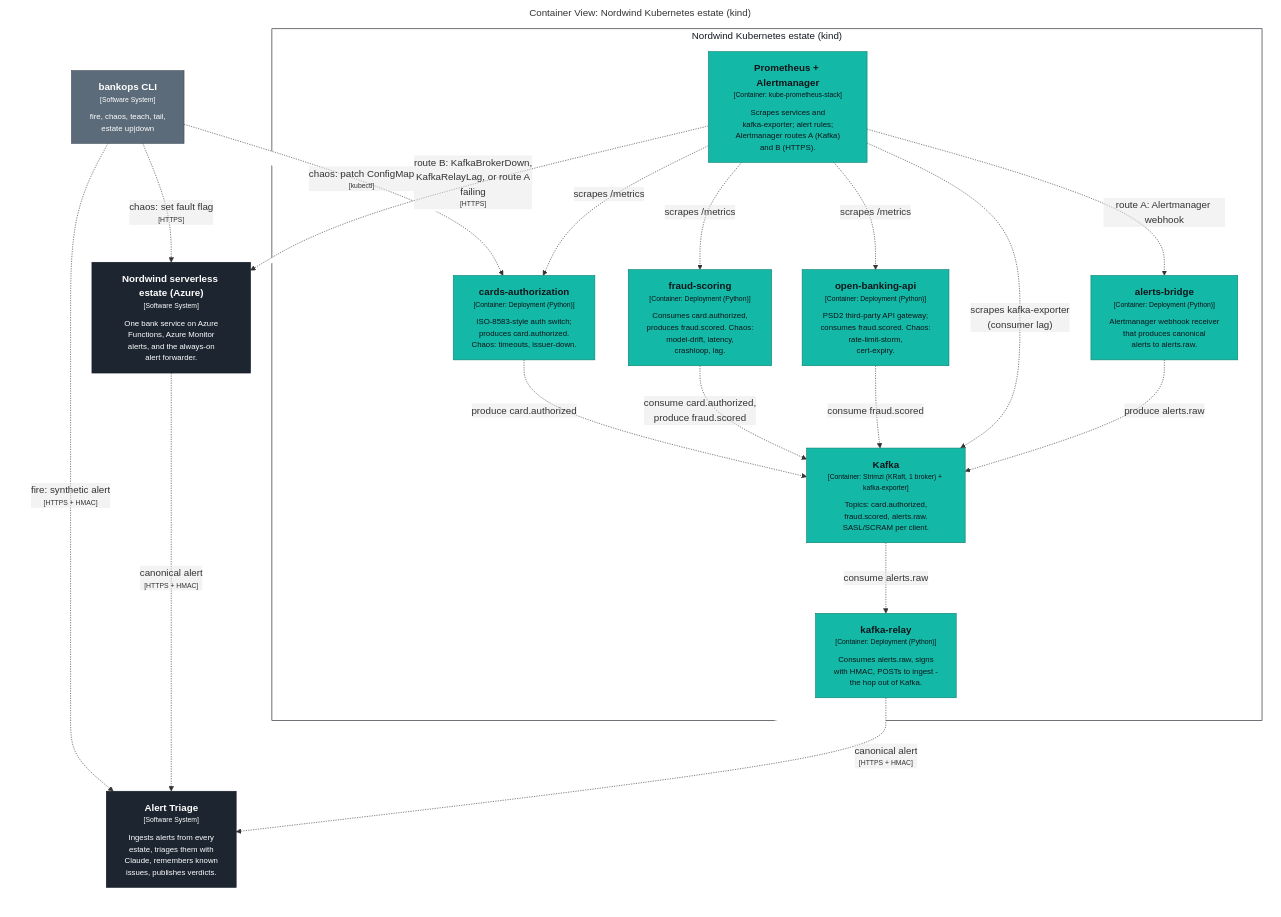
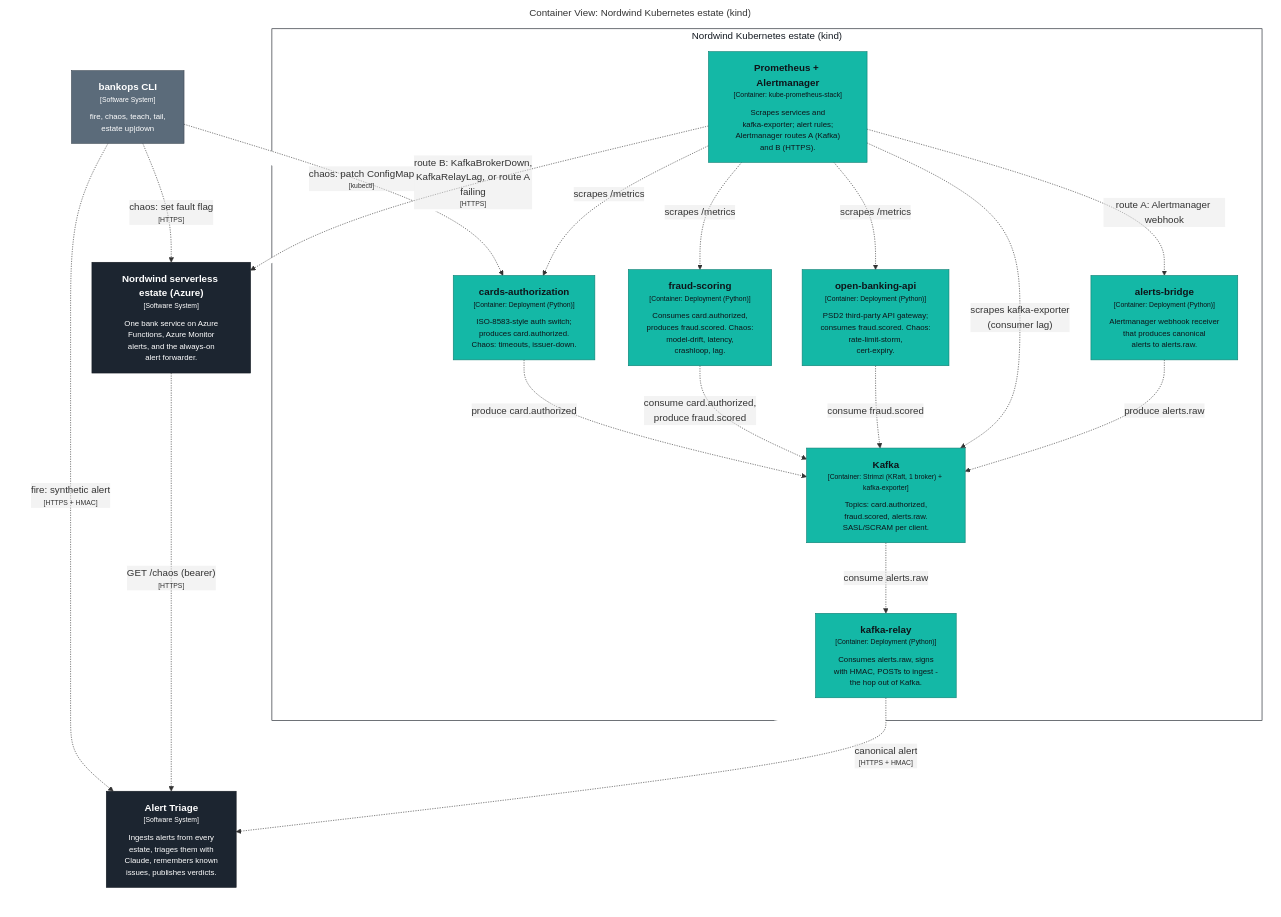
The diagram in docs/c4/generated/structurizr-k8s-estate.mmd (KucherenkoSerhiy/oncall-triage), drawn with Mermaid before and after one commit. The commit also changed 21 other files, not shown here.

First line of the commit message:
feat(infra-azure): M5b Azure estate - Functions (notifications, forwarder) with zip deploy, App Insights + Log Analytics, action group and three alert rules; deploy.yml feeds the two SSM secrets as sensitive vars; notifications-429 chaos probe (#49)

```diff
--- a/docs/c4/generated/structurizr-k8s-estate.mmd
+++ b/docs/c4/generated/structurizr-k8s-estate.mmd
@@ -1,50 +1,50 @@
 graph LR
   linkStyle default fill:#ffffff
 
   subgraph diagram ["Container View: Nordwind Kubernetes estate (kind)"]
     style diagram fill:#ffffff,stroke:#ffffff
 
     4["<div style='font-weight: bold'>bankops CLI</div><div style='font-size: 70%; margin-top: 0px'>[Software System]</div><div style='font-size: 80%; margin-top:10px'>fire, chaos, teach, tail,<br />estate up|down</div>"]
     style 4 fill:#5b6b7a,stroke:#3f4a55,color:#ffffff
     5["<div style='font-weight: bold'>Alert Triage</div><div style='font-size: 70%; margin-top: 0px'>[Software System]</div><div style='font-size: 80%; margin-top:10px'>Ingests alerts from every<br />estate, triages them with<br />Claude, remembers known<br />issues, publishes verdicts.</div>"]
     style 5 fill:#1c2530,stroke:#131921,color:#ffffff
     27["<div style='font-weight: bold'>Nordwind serverless estate (Azure)</div><div style='font-size: 70%; margin-top: 0px'>[Software System]</div><div style='font-size: 80%; margin-top:10px'>One bank service on Azure<br />Functions, Azure Monitor<br />alerts, and the always-on<br />alert forwarder.</div>"]
     style 27 fill:#1c2530,stroke:#131921,color:#ffffff
 
-    subgraph 31 ["Nordwind Kubernetes estate (kind)"]
-      style 31 fill:#ffffff,stroke:#131921,color:#131921
+    subgraph 32 ["Nordwind Kubernetes estate (kind)"]
+      style 32 fill:#ffffff,stroke:#131921,color:#131921
 
-      32["<div style='font-weight: bold'>cards-authorization</div><div style='font-size: 70%; margin-top: 0px'>[Container: Deployment (Python)]</div><div style='font-size: 80%; margin-top:10px'>ISO-8583-style auth switch;<br />produces card.authorized.<br />Chaos: timeouts, issuer-down.</div>"]
-      style 32 fill:#14b8a6,stroke:#0e8074,color:#0e1419
-      33["<div style='font-weight: bold'>fraud-scoring</div><div style='font-size: 70%; margin-top: 0px'>[Container: Deployment (Python)]</div><div style='font-size: 80%; margin-top:10px'>Consumes card.authorized,<br />produces fraud.scored. Chaos:<br />model-drift, latency,<br />crashloop, lag.</div>"]
+      33["<div style='font-weight: bold'>cards-authorization</div><div style='font-size: 70%; margin-top: 0px'>[Container: Deployment (Python)]</div><div style='font-size: 80%; margin-top:10px'>ISO-8583-style auth switch;<br />produces card.authorized.<br />Chaos: timeouts, issuer-down.</div>"]
       style 33 fill:#14b8a6,stroke:#0e8074,color:#0e1419
-      34["<div style='font-weight: bold'>open-banking-api</div><div style='font-size: 70%; margin-top: 0px'>[Container: Deployment (Python)]</div><div style='font-size: 80%; margin-top:10px'>PSD2 third-party API gateway;<br />consumes fraud.scored. Chaos:<br />rate-limit-storm,<br />cert-expiry.</div>"]
+      34["<div style='font-weight: bold'>fraud-scoring</div><div style='font-size: 70%; margin-top: 0px'>[Container: Deployment (Python)]</div><div style='font-size: 80%; margin-top:10px'>Consumes card.authorized,<br />produces fraud.scored. Chaos:<br />model-drift, latency,<br />crashloop, lag.</div>"]
       style 34 fill:#14b8a6,stroke:#0e8074,color:#0e1419
-      35["<div style='font-weight: bold'>Kafka</div><div style='font-size: 70%; margin-top: 0px'>[Container: Strimzi (KRaft, 1 broker) + kafka-exporter]</div><div style='font-size: 80%; margin-top:10px'>Topics: card.authorized,<br />fraud.scored, alerts.raw.<br />SASL/SCRAM per client.</div>"]
+      35["<div style='font-weight: bold'>open-banking-api</div><div style='font-size: 70%; margin-top: 0px'>[Container: Deployment (Python)]</div><div style='font-size: 80%; margin-top:10px'>PSD2 third-party API gateway;<br />consumes fraud.scored. Chaos:<br />rate-limit-storm,<br />cert-expiry.</div>"]
       style 35 fill:#14b8a6,stroke:#0e8074,color:#0e1419
-      36["<div style='font-weight: bold'>Prometheus + Alertmanager</div><div style='font-size: 70%; margin-top: 0px'>[Container: kube-prometheus-stack]</div><div style='font-size: 80%; margin-top:10px'>Scrapes services and<br />kafka-exporter; alert rules;<br />Alertmanager routes A (Kafka)<br />and B (HTTPS).</div>"]
+      36["<div style='font-weight: bold'>Kafka</div><div style='font-size: 70%; margin-top: 0px'>[Container: Strimzi (KRaft, 1 broker) + kafka-exporter]</div><div style='font-size: 80%; margin-top:10px'>Topics: card.authorized,<br />fraud.scored, alerts.raw.<br />SASL/SCRAM per client.</div>"]
       style 36 fill:#14b8a6,stroke:#0e8074,color:#0e1419
-      37["<div style='font-weight: bold'>alerts-bridge</div><div style='font-size: 70%; margin-top: 0px'>[Container: Deployment (Python)]</div><div style='font-size: 80%; margin-top:10px'>Alertmanager webhook receiver<br />that produces canonical<br />alerts to alerts.raw.</div>"]
+      37["<div style='font-weight: bold'>Prometheus + Alertmanager</div><div style='font-size: 70%; margin-top: 0px'>[Container: kube-prometheus-stack]</div><div style='font-size: 80%; margin-top:10px'>Scrapes services and<br />kafka-exporter; alert rules;<br />Alertmanager routes A (Kafka)<br />and B (HTTPS).</div>"]
       style 37 fill:#14b8a6,stroke:#0e8074,color:#0e1419
-      38["<div style='font-weight: bold'>kafka-relay</div><div style='font-size: 70%; margin-top: 0px'>[Container: Deployment (Python)]</div><div style='font-size: 80%; margin-top:10px'>Consumes alerts.raw, signs<br />with HMAC, POSTs to ingest -<br />the hop out of Kafka.</div>"]
+      38["<div style='font-weight: bold'>alerts-bridge</div><div style='font-size: 70%; margin-top: 0px'>[Container: Deployment (Python)]</div><div style='font-size: 80%; margin-top:10px'>Alertmanager webhook receiver<br />that produces canonical<br />alerts to alerts.raw.</div>"]
       style 38 fill:#14b8a6,stroke:#0e8074,color:#0e1419
+      39["<div style='font-weight: bold'>kafka-relay</div><div style='font-size: 70%; margin-top: 0px'>[Container: Deployment (Python)]</div><div style='font-size: 80%; margin-top:10px'>Consumes alerts.raw, signs<br />with HMAC, POSTs to ingest -<br />the hop out of Kafka.</div>"]
+      style 39 fill:#14b8a6,stroke:#0e8074,color:#0e1419
     end
 
     4-. "<div>fire: synthetic alert</div><div style='font-size: 70%'>[HTTPS + HMAC]</div>" .->5
     4-. "<div>chaos: set fault flag</div><div style='font-size: 70%'>[HTTPS]</div>" .->27
-    4-. "<div>chaos: patch ConfigMap</div><div style='font-size: 70%'>[kubectl]</div>" .->32
-    27-. "<div>canonical alert</div><div style='font-size: 70%'>[HTTPS + HMAC]</div>" .->5
-    32-. "<div>produce card.authorized</div><div style='font-size: 70%'></div>" .->35
-    33-. "<div>consume card.authorized,<br />produce fraud.scored</div><div style='font-size: 70%'></div>" .->35
-    34-. "<div>consume fraud.scored</div><div style='font-size: 70%'></div>" .->35
-    36-. "<div>scrapes /metrics</div><div style='font-size: 70%'></div>" .->32
-    36-. "<div>scrapes /metrics</div><div style='font-size: 70%'></div>" .->33
-    36-. "<div>scrapes /metrics</div><div style='font-size: 70%'></div>" .->34
-    36-. "<div>scrapes kafka-exporter<br />(consumer lag)</div><div style='font-size: 70%'></div>" .->35
-    36-. "<div>route A: Alertmanager webhook</div><div style='font-size: 70%'></div>" .->37
-    37-. "<div>produce alerts.raw</div><div style='font-size: 70%'></div>" .->35
-    35-. "<div>consume alerts.raw</div><div style='font-size: 70%'></div>" .->38
-    38-. "<div>canonical alert</div><div style='font-size: 70%'>[HTTPS + HMAC]</div>" .->5
-    36-. "<div>route B: KafkaBrokerDown,<br />KafkaRelayLag, or route A<br />failing</div><div style='font-size: 70%'>[HTTPS]</div>" .->27
+    4-. "<div>chaos: patch ConfigMap</div><div style='font-size: 70%'>[kubectl]</div>" .->33
+    27-. "<div>GET /chaos (bearer)</div><div style='font-size: 70%'>[HTTPS]</div>" .->5
+    33-. "<div>produce card.authorized</div><div style='font-size: 70%'></div>" .->36
+    34-. "<div>consume card.authorized,<br />produce fraud.scored</div><div style='font-size: 70%'></div>" .->36
+    35-. "<div>consume fraud.scored</div><div style='font-size: 70%'></div>" .->36
+    37-. "<div>scrapes /metrics</div><div style='font-size: 70%'></div>" .->33
+    37-. "<div>scrapes /metrics</div><div style='font-size: 70%'></div>" .->34
+    37-. "<div>scrapes /metrics</div><div style='font-size: 70%'></div>" .->35
+    37-. "<div>scrapes kafka-exporter<br />(consumer lag)</div><div style='font-size: 70%'></div>" .->36
+    37-. "<div>route A: Alertmanager webhook</div><div style='font-size: 70%'></div>" .->38
+    38-. "<div>produce alerts.raw</div><div style='font-size: 70%'></div>" .->36
+    36-. "<div>consume alerts.raw</div><div style='font-size: 70%'></div>" .->39
+    39-. "<div>canonical alert</div><div style='font-size: 70%'>[HTTPS + HMAC]</div>" .->5
+    37-. "<div>route B: KafkaBrokerDown,<br />KafkaRelayLag, or route A<br />failing</div><div style='font-size: 70%'>[HTTPS]</div>" .->27
 
   end
```
